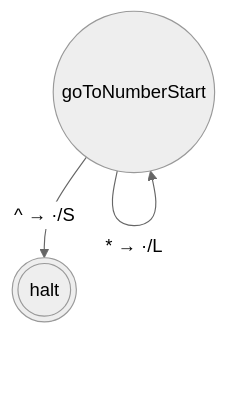
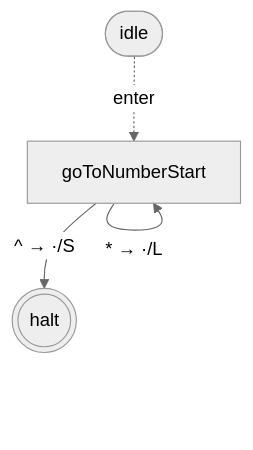
One commit to mellonis/turing-machine-js changed the fifth of 10 diagrams in packages/library-binary-numbers/states.md. Above: the diagram before and after it, drawn with Mermaid (neutral theme). The commit also changed other lines of this file and 5 other files, not shown here.

````diff
--- a/packages/library-binary-numbers/states.md
+++ b/packages/library-binary-numbers/states.md
@@ -73,8 +81,10 @@
 ```mermaid
 flowchart TD
 %% alphabets: [[" ","^","$","0","1"]]
   s0(((halt)))
-  s5(("goToNumberStart"))
+  s5["goToNumberStart"]
+  idle([idle])
+  idle -. enter .-> s5
   s5 -- "^ → ·/S" --> s0
   s5 -- "* → ·/L" --> s5
 ```
````
